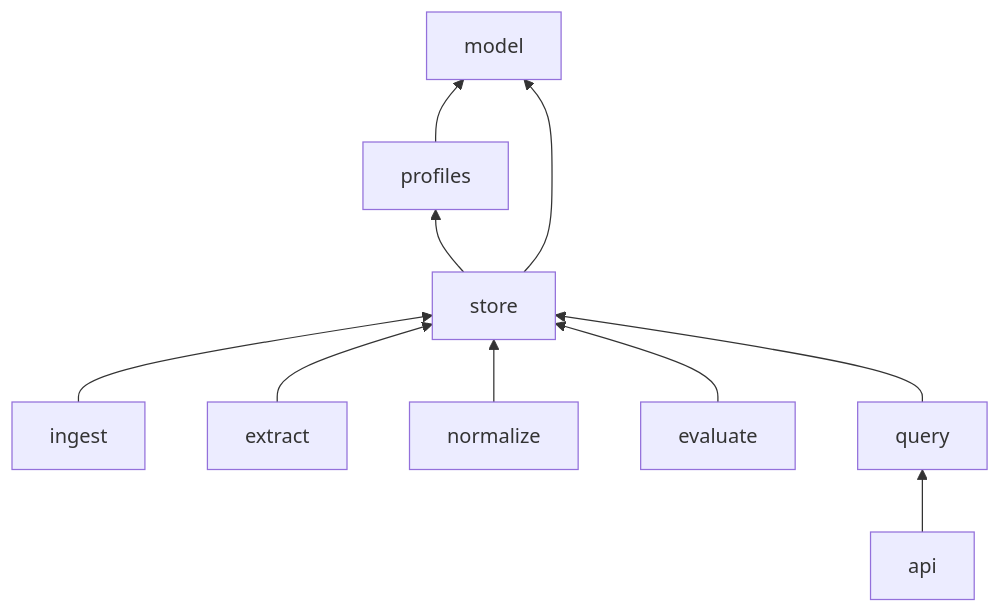
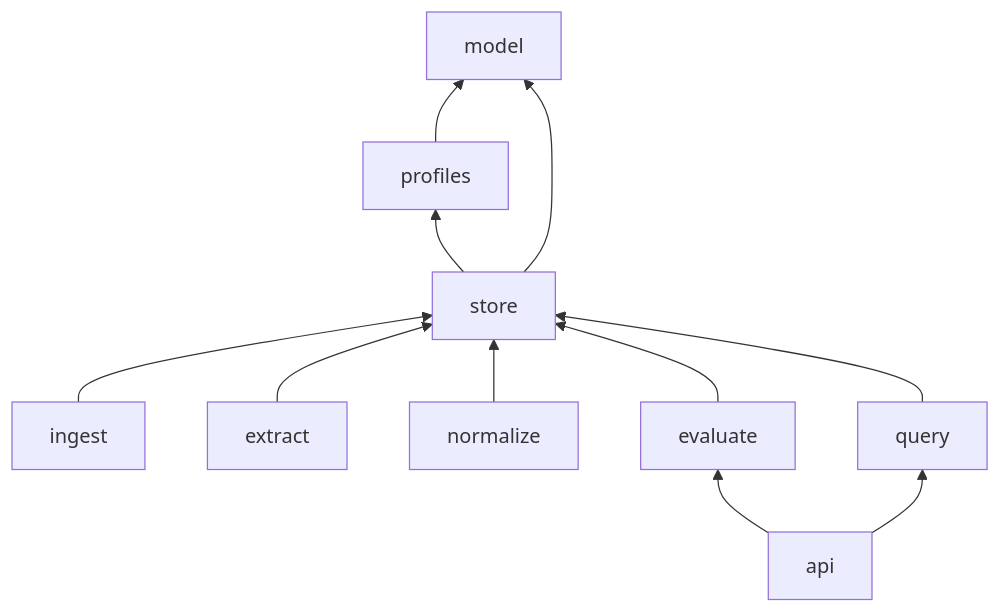
Before and after one commit to salshwauva/stem-evidence-dossier: the diagram in docs/architecture.md, drawn with Mermaid. The commit also changed other lines of this file and 1 other file, not shown here.

````diff
--- a/docs/architecture.md
+++ b/docs/architecture.md
@@ -26,12 +26,13 @@
 ```mermaid
 flowchart BT
     profiles --> model
     store --> model
     store --> profiles
     ingest --> store
     extract --> store
     normalize --> store
     evaluate --> store
     query --> store
     api --> query
+    api --> evaluate
 ```
````
